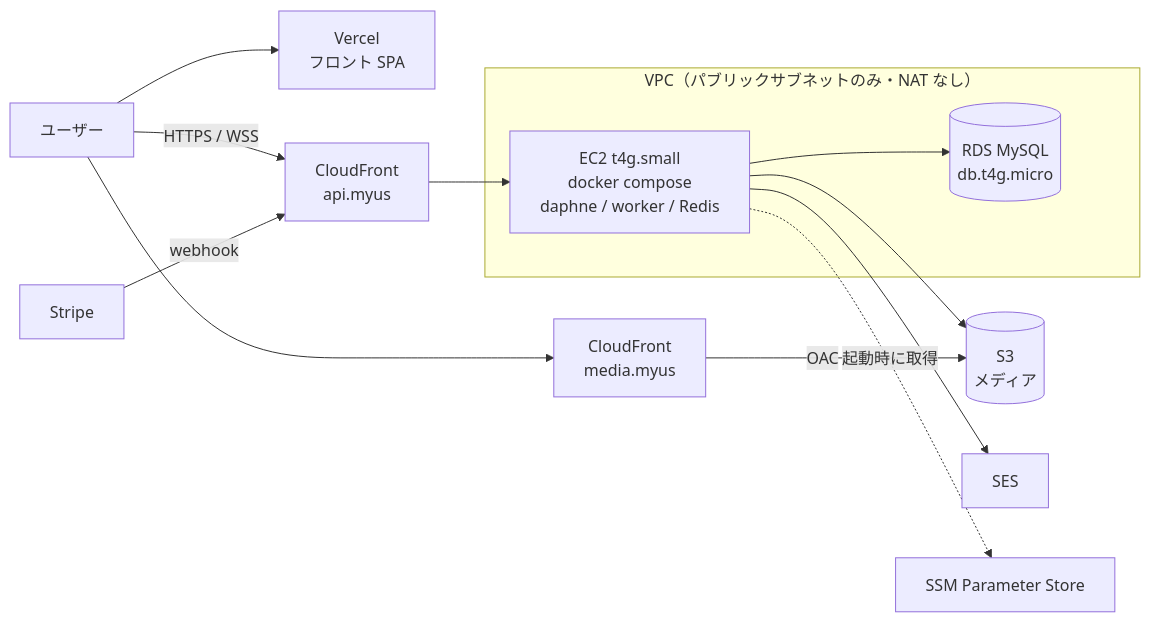
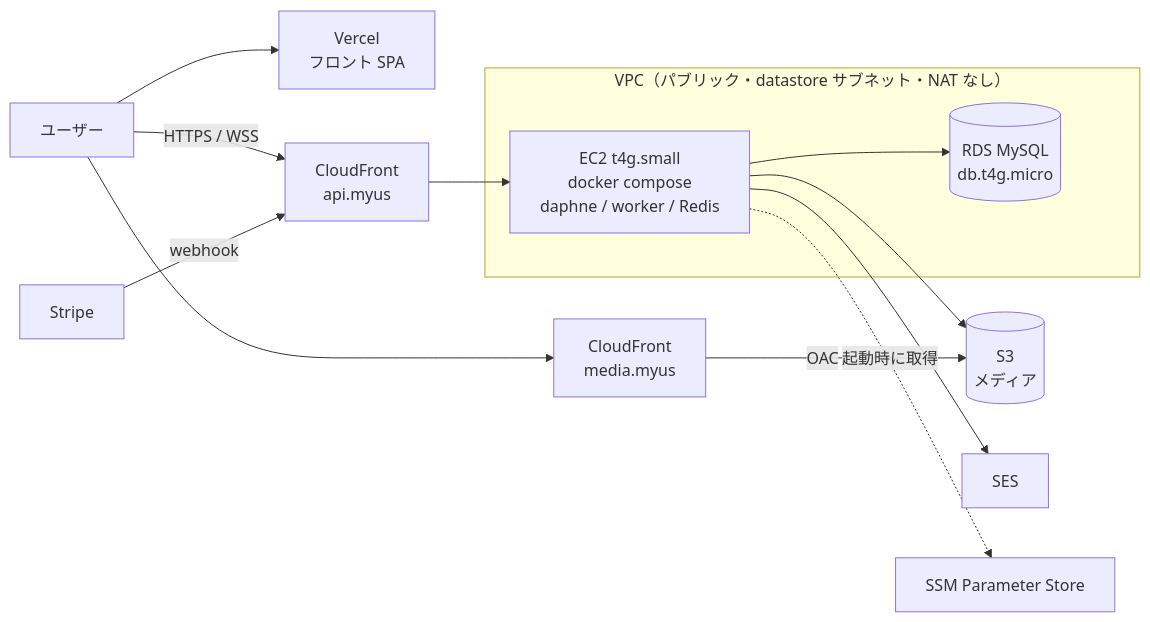
Before and after one commit to ANFINII/MyUs: the first of 2 diagrams in docs/infrastructure.md, drawn with Mermaid. The commit also changed 10 other files, not shown here.

Commit message:
【infra】ネットワークのスタック（VPC・サブネット・セキュリティグループ）を足す (#1364)

````diff
--- a/docs/infrastructure.md
+++ b/docs/infrastructure.md
@@ -41,24 +41,24 @@
 ```mermaid
 flowchart LR
     User[ユーザー]
     Vercel[Vercel<br/>フロント SPA]
     CF_API[CloudFront<br/>api.myus]
     CF_MEDIA[CloudFront<br/>media.myus]
-    subgraph VPC[VPC（パブリックサブネットのみ・NAT なし）]
+    subgraph VPC[VPC（パブリック・datastore サブネット・NAT なし）]
         EC2[EC2 t4g.small<br/>docker compose<br/>daphne / worker / Redis]
         RDS[(RDS MySQL<br/>db.t4g.micro)]
     end
     S3[(S3<br/>メディア)]
     SES[SES]
     Stripe[Stripe]
     SSM[SSM Parameter Store]
 
     User --> Vercel
     User -->|HTTPS / WSS| CF_API --> EC2
     User --> CF_MEDIA -->|OAC| S3
     EC2 --> RDS
     EC2 --> S3
     EC2 --> SES
     EC2 -.起動時に取得.-> SSM
     Stripe -->|webhook| CF_API
 ```
````
